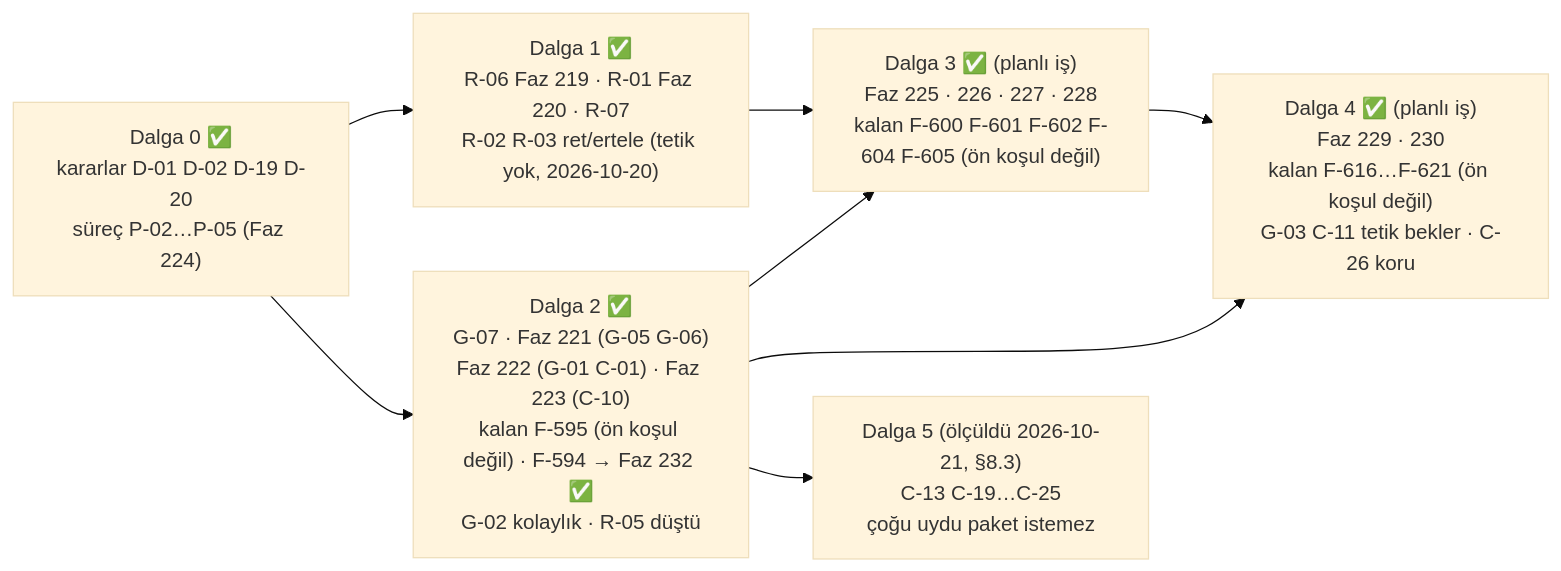
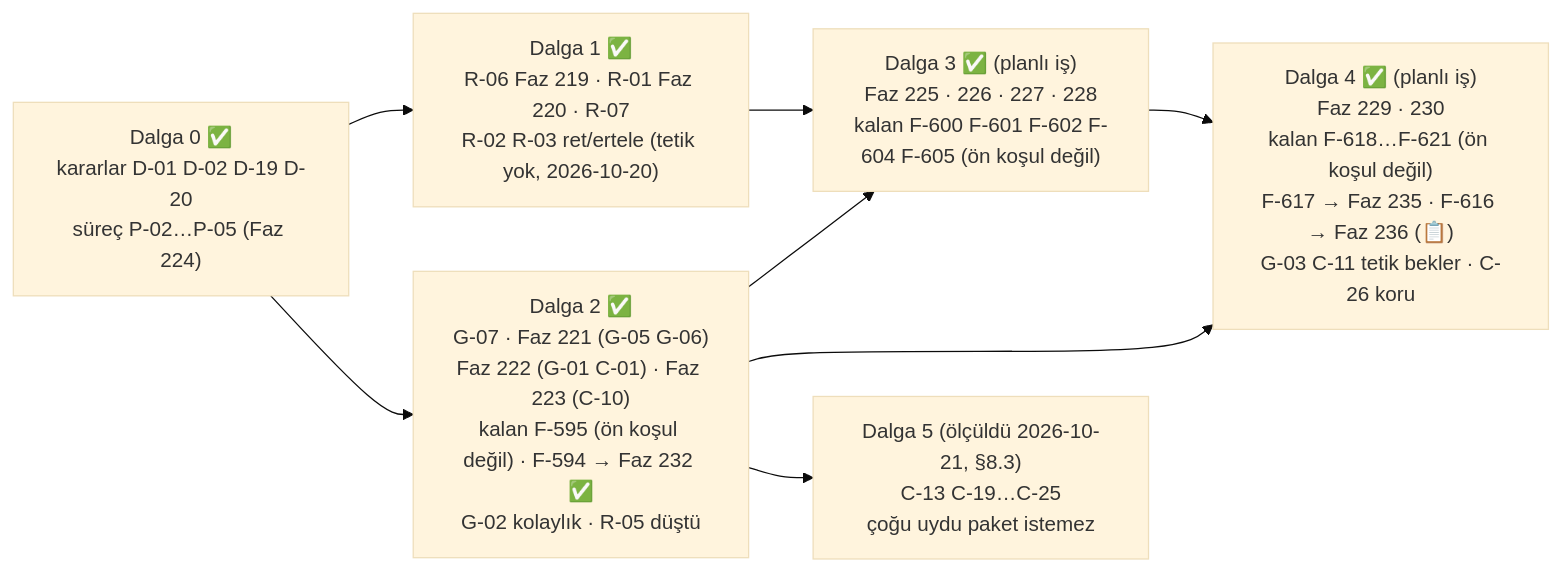
One commit to farukatasoy/Tracon changed the diagram in docs/MAF-KAPSAMA.md. Above: the diagram before and after it, drawn with Mermaid (base theme). The commit also changed other lines of this file and 8 other files, not shown here.

````diff
--- a/docs/MAF-KAPSAMA.md
+++ b/docs/MAF-KAPSAMA.md
@@ -653,16 +654,16 @@
 ```mermaid
 flowchart LR
     D0["Dalga 0 ✅<br/>kararlar D-01 D-02 D-19 D-20<br/>süreç P-02…P-05 (Faz 224)"]
     D1["Dalga 1 ✅<br/>R-06 Faz 219 · R-01 Faz 220 · R-07<br/>R-02 R-03 ret/ertele (tetik yok, 2026-10-20)"]
     D2["Dalga 2 ✅<br/>G-07 · Faz 221 (G-05 G-06)<br/>Faz 222 (G-01 C-01) · Faz 223 (C-10)<br/>kalan F-595 (ön koşul değil) · F-594 → Faz 232 ✅<br/>G-02 kolaylık · R-05 düştü"]
     D3["Dalga 3 ✅ (planlı iş)<br/>Faz 225 · 226 · 227 · 228<br/>kalan F-600 F-601 F-602 F-604 F-605 (ön koşul değil)"]
-    D4["Dalga 4 ✅ (planlı iş)<br/>Faz 229 · 230<br/>kalan F-616…F-621 (ön koşul değil)<br/>G-03 C-11 tetik bekler · C-26 koru"]
+    D4["Dalga 4 ✅ (planlı iş)<br/>Faz 229 · 230<br/>kalan F-618…F-621 (ön koşul değil)<br/>F-617 → Faz 235 · F-616 → Faz 236 (📋)<br/>G-03 C-11 tetik bekler · C-26 koru"]
     D5["Dalga 5 (ölçüldü 2026-10-21, §8.3)<br/>C-13 C-19…C-25<br/>çoğu uydu paket istemez"]
     D0 --> D1
     D0 --> D2
     D1 --> D3
     D2 --> D3
     D2 --> D4
     D3 --> D4
     D2 --> D5
 ```
````
